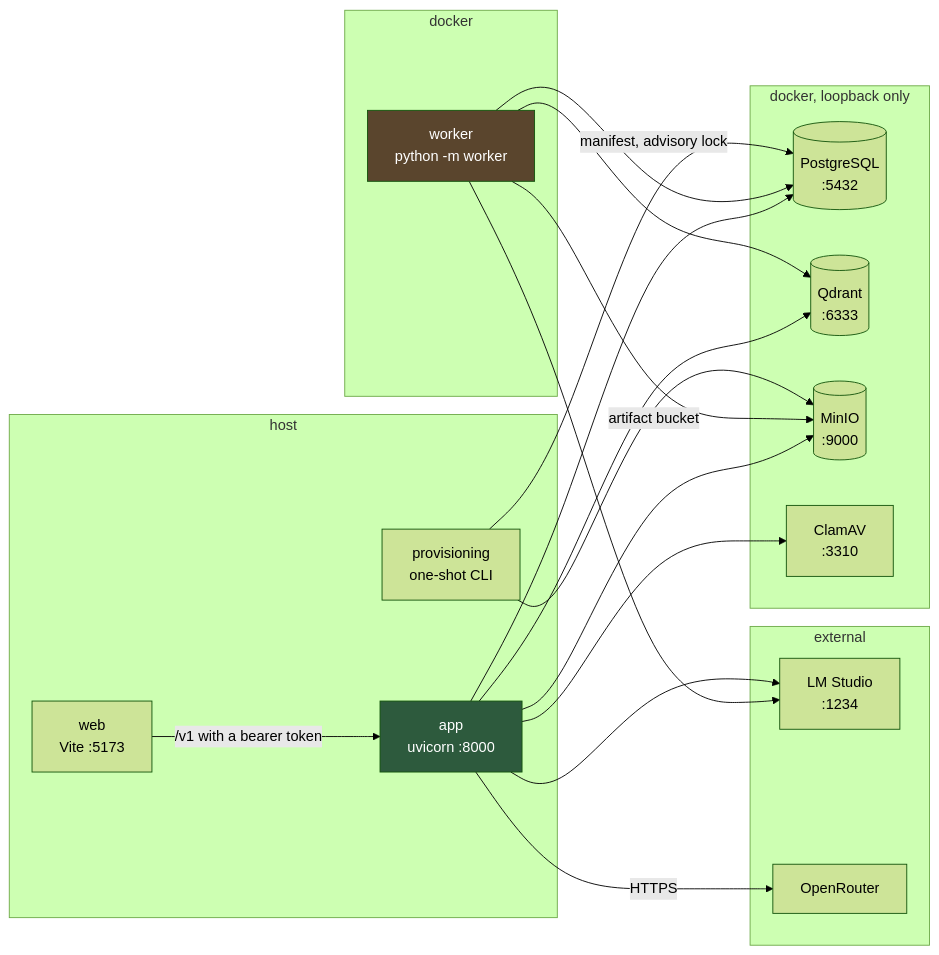
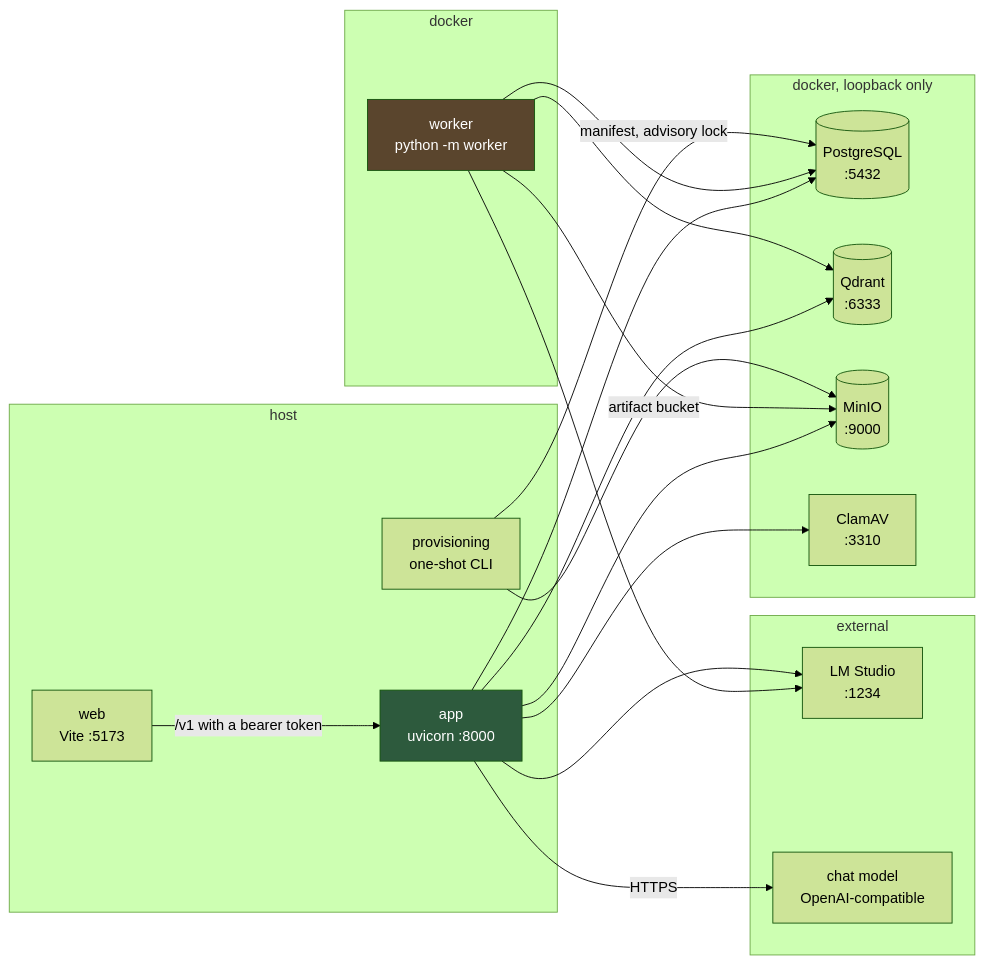
The first of 11 diagrams in README.md (unedtamps/retriv), drawn with Mermaid (forest theme) before and after one commit. The commit also changed other lines of this file and 26 other files, not shown here.

````diff
--- a/README.md
+++ b/README.md
@@ -16,38 +16,38 @@
 ```mermaid
 flowchart LR
     subgraph host["host"]
         W["web<br/>Vite :5173"]
         A["app<br/>uvicorn :8000"]
         P["provisioning<br/>one-shot CLI"]
     end
     subgraph docker["docker"]
         K["worker<br/>python -m worker"]
     end
     subgraph data["docker, loopback only"]
         DB[("PostgreSQL<br/>:5432")]
         Q[("Qdrant<br/>:6333")]
         M[("MinIO<br/>:9000")]
         C["ClamAV<br/>:3310"]
     end
     subgraph external["external"]
         L["LM Studio<br/>:1234"]
-        O["OpenRouter"]
+        O["chat model<br/>OpenAI-compatible"]
     end
 
     W -->|"/v1 with a bearer token"| A
     A --> DB
     A --> Q
     A --> M
     A --> C
     A -->|HTTPS| O
     K --> DB
     K --> Q
     K -->|artifact bucket| M
     K --> L
     A --> L
     P -->|manifest, advisory lock| DB
     P --> M
 
     style A fill:#2d5a3d,color:#fff
     style K fill:#5a452d,color:#fff
 ```
````
